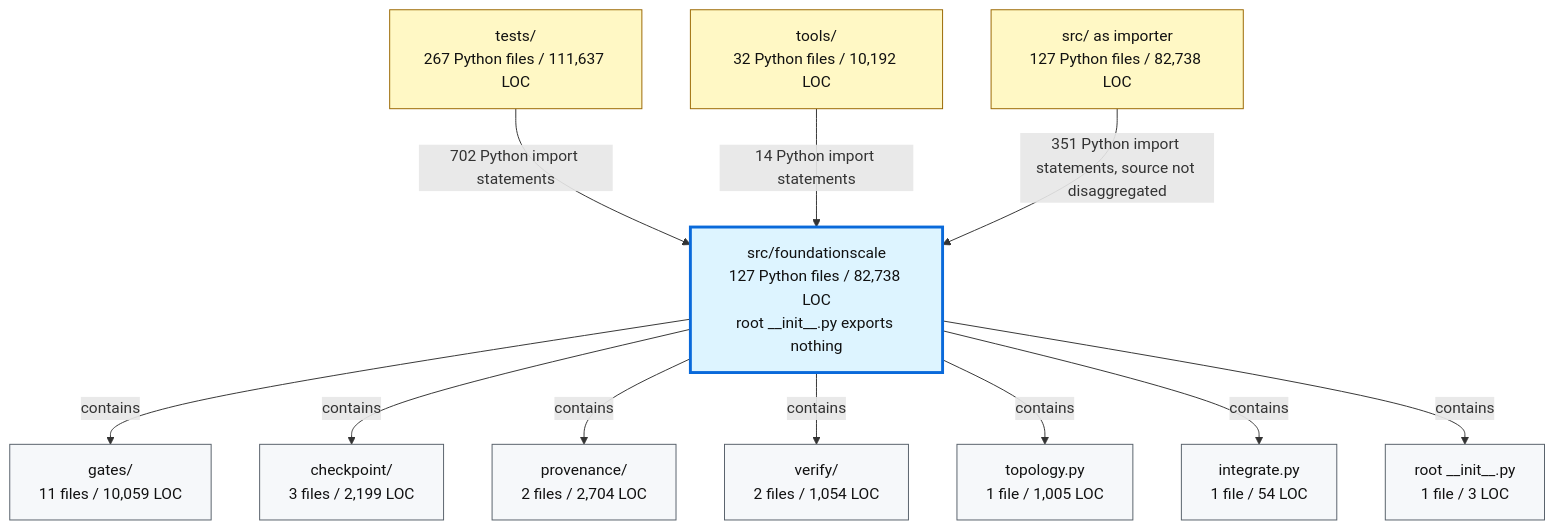
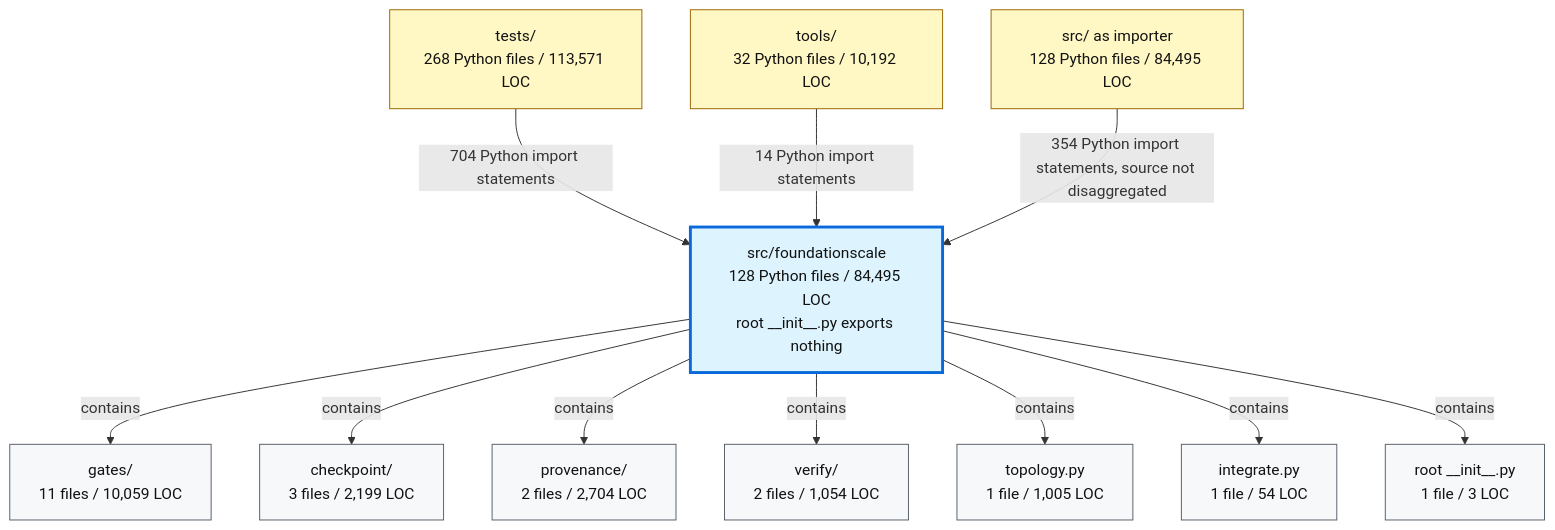
One commit to TranNhiem/FoundationScale changed the second of 2 diagrams in docs/review/D2_current_architecture.md. Above: the diagram before and after it, drawn with Mermaid. The commit also changed other lines of this file and 14 other files, not shown here.

````diff
--- a/docs/review/D2_current_architecture.md
+++ b/docs/review/D2_current_architecture.md
@@ -97,36 +97,36 @@
 ```mermaid
 flowchart TB
-  TESTS["tests/<br/>267 Python files / 111,637 LOC"]
+  TESTS["tests/<br/>268 Python files / 113,571 LOC"]
   TOOLS["tools/<br/>32 Python files / 10,192 LOC"]
-  SRC["src/ as importer<br/>127 Python files / 82,738 LOC"]
+  SRC["src/ as importer<br/>128 Python files / 84,495 LOC"]
 
-  FS["src/foundationscale<br/>127 Python files / 82,738 LOC<br/>root __init__.py exports nothing"]
+  FS["src/foundationscale<br/>128 Python files / 84,495 LOC<br/>root __init__.py exports nothing"]
 
   GATES["gates/<br/>11 files / 10,059 LOC"]
   CKPT["checkpoint/<br/>3 files / 2,199 LOC"]
   PROV["provenance/<br/>2 files / 2,704 LOC"]
   VERIFY["verify/<br/>2 files / 1,054 LOC"]
   TOPO["topology.py<br/>1 file / 1,005 LOC"]
   INTEG["integrate.py<br/>1 file / 54 LOC"]
   ROOT["root __init__.py<br/>1 file / 3 LOC"]
 
-  TESTS -->|"702 Python import statements"| FS
+  TESTS -->|"704 Python import statements"| FS
   TOOLS -->|"14 Python import statements"| FS
-  SRC -->|"351 Python import statements, source not disaggregated"| FS
+  SRC -->|"354 Python import statements, source not disaggregated"| FS
 
   FS -->|"contains"| GATES
   FS -->|"contains"| CKPT
   FS -->|"contains"| PROV
   FS -->|"contains"| VERIFY
   FS -->|"contains"| TOPO
   FS -->|"contains"| INTEG
   FS -->|"contains"| ROOT
 
   classDef consumer fill:#fff8c5,stroke:#9a6700,color:#111;
   classDef package fill:#ddf4ff,stroke:#0969da,stroke-width:3px,color:#111;
   classDef module fill:#f6f8fa,stroke:#57606a,color:#111;
 
   class TESTS,TOOLS,SRC consumer;
   class FS package;
   class GATES,CKPT,PROV,VERIFY,TOPO,INTEG,ROOT module;
 ```
````
